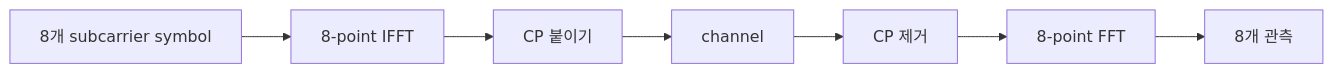
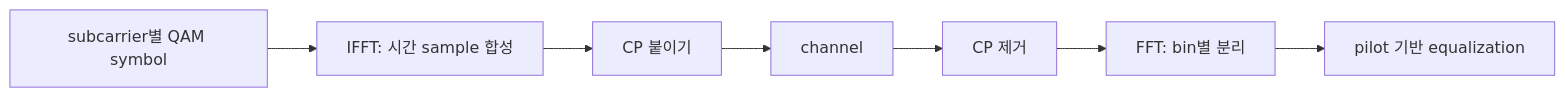
The diagram in learning/wireless-communications/06-ofdm-time-frequency-and-resources.md (mj006648/netai-devsecops-runbook), drawn with Mermaid before and after one commit. The commit also changed other lines of this file and 24 other files, not shown here.

````diff
--- a/learning/wireless-communications/06-ofdm-time-frequency-and-resources.md
+++ b/learning/wireless-communications/06-ofdm-time-frequency-and-resources.md
@@ -86,9 +27,9 @@
 ```mermaid
 flowchart LR
-    S[8개 subcarrier symbol] --> IFFT[8-point IFFT]
+    S[subcarrier별 QAM symbol] --> IFFT[IFFT: 시간 sample 합성]
     IFFT --> CP[CP 붙이기]
     CP --> CH[channel]
     CH --> RCP[CP 제거]
-    RCP --> FFT[8-point FFT]
-    FFT --> Y[8개 관측]
+    RCP --> FFT[FFT: bin별 분리]
+    FFT --> EQ[pilot 기반 equalization]
 ```
````
